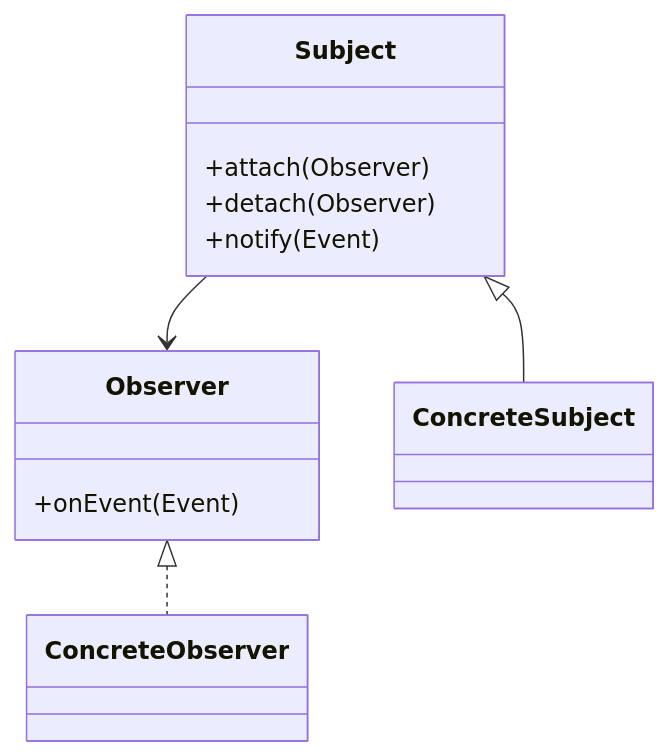
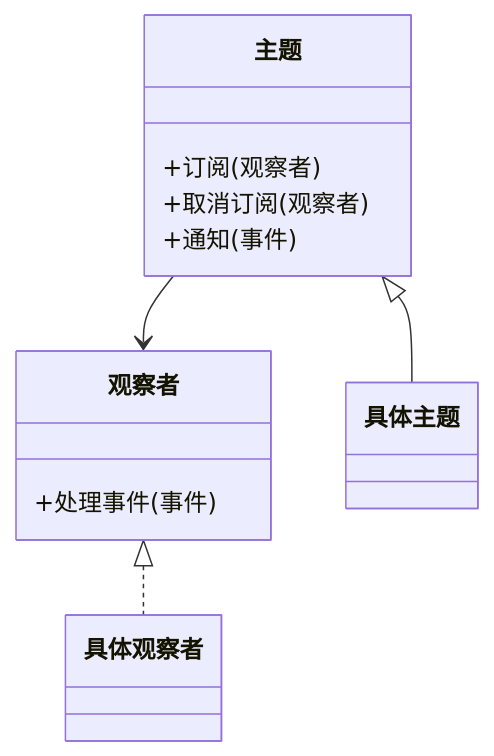
Before and after one commit to xlb3055/newBlog: the diagram in src/设计模式/行为模式/观察者模式.md, drawn with Mermaid. The commit also changed other lines of this file and 17 other files, not shown here.

````diff
--- a/src/设计模式/行为模式/观察者模式.md
+++ b/src/设计模式/行为模式/观察者模式.md
@@ -32,17 +32,17 @@
 ```mermaid
 classDiagram
-    class Subject {
-      +attach(Observer)
-      +detach(Observer)
-      +notify(Event)
+    class 主题 {
+      +订阅(观察者)
+      +取消订阅(观察者)
+      +通知(事件)
     }
-    class Observer {
-      +onEvent(Event)
+    class 观察者 {
+      +处理事件(事件)
     }
-    class ConcreteSubject
-    class ConcreteObserver
+    class 具体主题
+    class 具体观察者
 
-    Subject <|-- ConcreteSubject
-    Observer <|.. ConcreteObserver
-    Subject --> Observer
+    主题 <|-- 具体主题
+    观察者 <|.. 具体观察者
+    主题 --> 观察者
 ```
````
